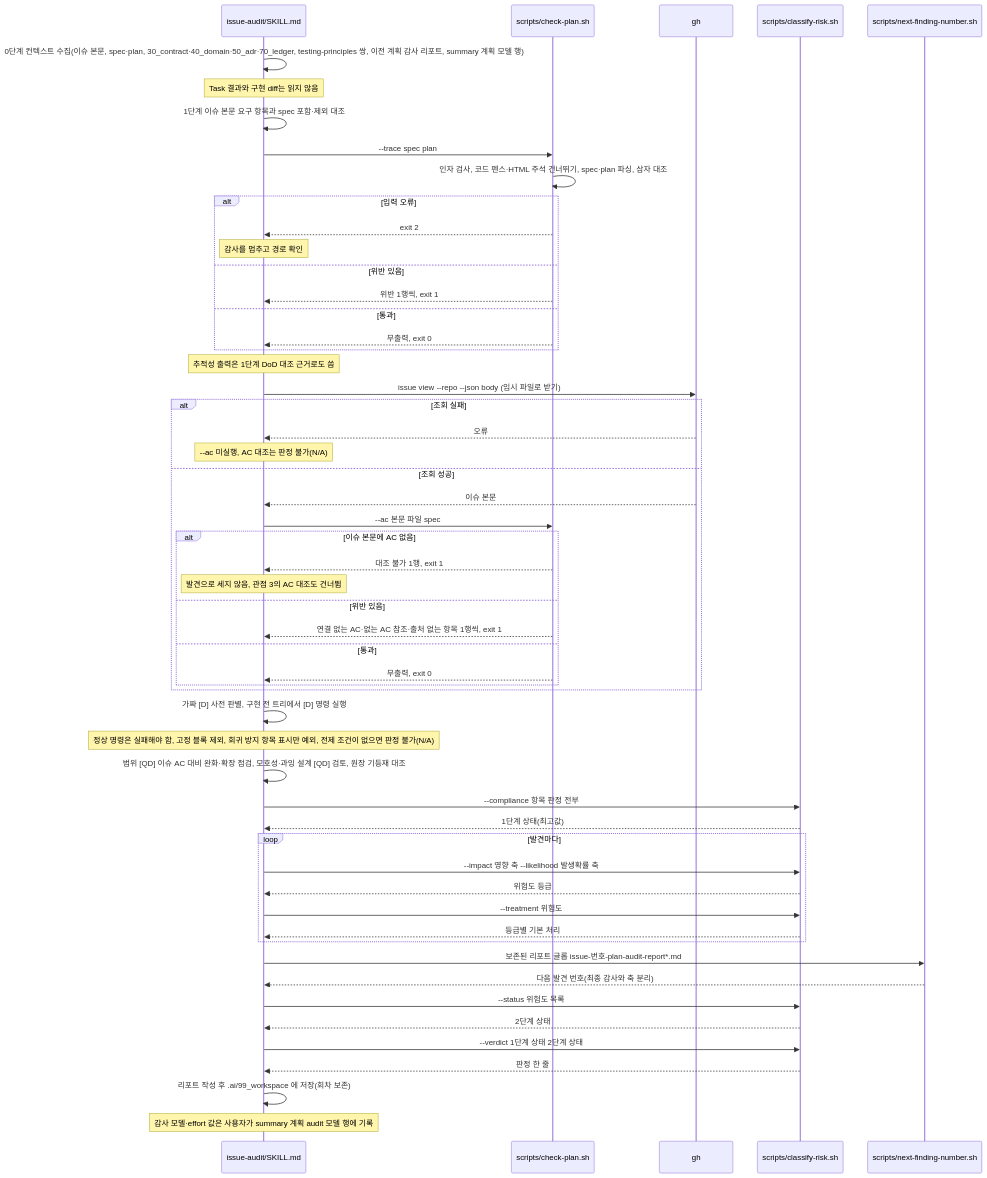
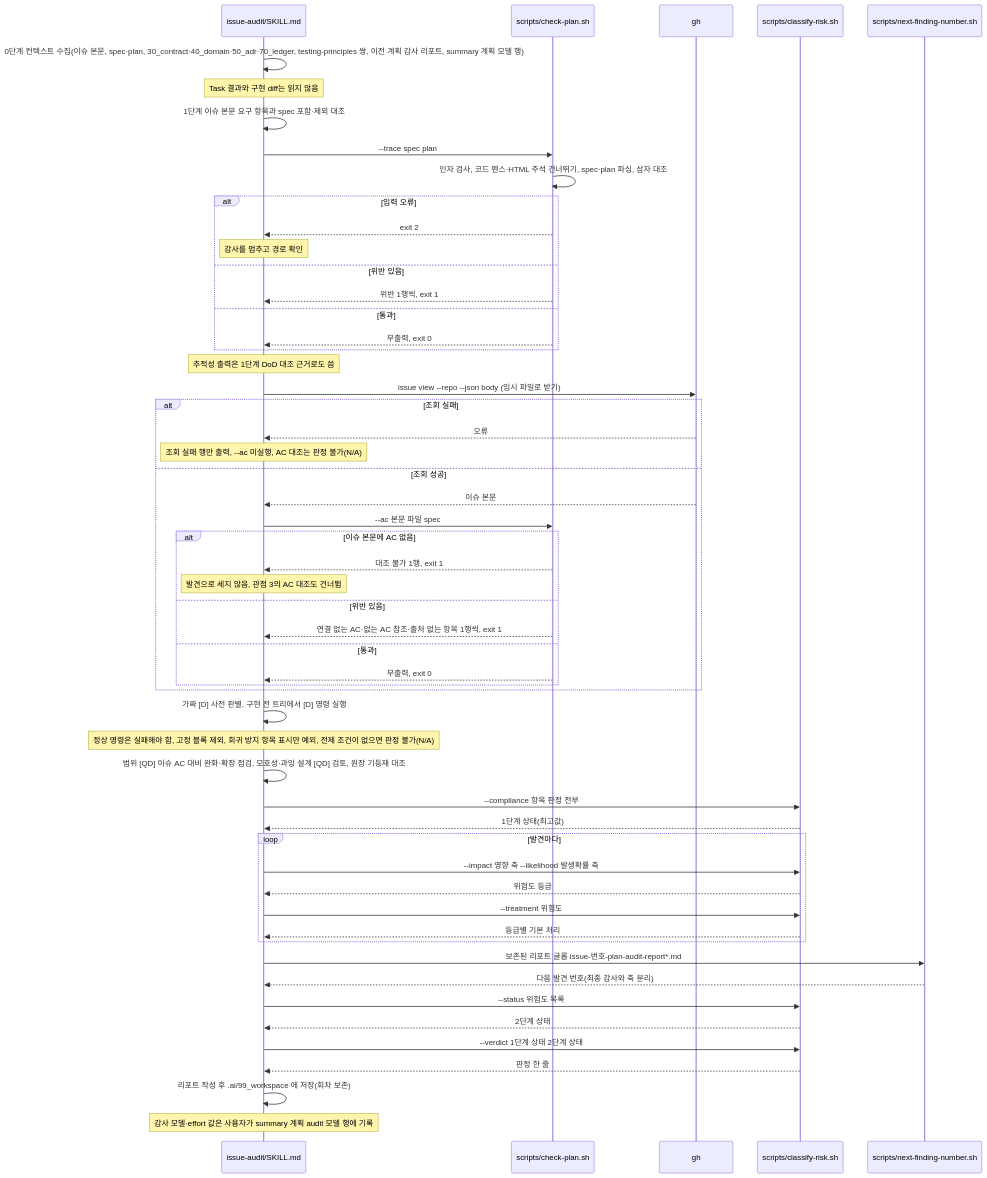
The diagram in .ai/60_codebase/issue-audit/plan-audit-call-flow.md (scroogy-dev/scroogy-agent-skills), drawn with Mermaid before and after one commit. The commit also changed other lines of this file and 4 other files, not shown here.

````diff
--- a/.ai/60_codebase/issue-audit/plan-audit-call-flow.md
+++ b/.ai/60_codebase/issue-audit/plan-audit-call-flow.md
@@ -50,58 +50,58 @@
 ```mermaid
 sequenceDiagram
     participant SK as issue-audit/SKILL.md
     participant CP as scripts/check-plan.sh
     participant GH as gh
     participant CR as scripts/classify-risk.sh
     participant NF as scripts/next-finding-number.sh
 
     SK->>SK: 0단계 컨텍스트 수집(이슈 본문, spec·plan, 30_contract·40_domain·50_adr·70_ledger, testing-principles 쌍, 이전 계획 감사 리포트, summary 계획 모델 행)
     Note over SK: Task 결과와 구현 diff는 읽지 않음
     SK->>SK: 1단계 이슈 본문 요구 항목과 spec 포함·제외 대조
     SK->>CP: --trace spec plan
     CP->>CP: 인자 검사, 코드 펜스·HTML 주석 건너뛰기, spec·plan 파싱, 삼자 대조
     alt 입력 오류
         CP-->>SK: exit 2
         Note over SK: 감사를 멈추고 경로 확인
     else 위반 있음
         CP-->>SK: 위반 1행씩, exit 1
     else 통과
         CP-->>SK: 무출력, exit 0
     end
     Note over SK: 추적성 출력은 1단계 DoD 대조 근거로도 씀
     SK->>GH: issue view --repo --json body (임시 파일로 받기)
     alt 조회 실패
         GH-->>SK: 오류
-        Note over SK: --ac 미실행, AC 대조는 판정 불가(N/A)
+        Note over SK: 조회 실패 행만 출력, --ac 미실행, AC 대조는 판정 불가(N/A)
     else 조회 성공
         GH-->>SK: 이슈 본문
         SK->>CP: --ac 본문 파일 spec
         alt 이슈 본문에 AC 없음
             CP-->>SK: 대조 불가 1행, exit 1
             Note over SK: 발견으로 세지 않음, 관점 3의 AC 대조도 건너뜀
         else 위반 있음
             CP-->>SK: 연결 없는 AC·없는 AC 참조·출처 없는 항목 1행씩, exit 1
         else 통과
             CP-->>SK: 무출력, exit 0
         end
     end
     SK->>SK: 가짜 [D] 사전 판별, 구현 전 트리에서 [D] 명령 실행
     Note over SK: 정상 명령은 실패해야 함, 고정 블록 제외, 회귀 방지 항목 표시만 예외, 전제 조건이 없으면 판정 불가(N/A)
     SK->>SK: 범위 [QD] 이슈 AC 대비 완화·확장 점검, 모호성·과잉 설계 [QD] 검토, 원장 기등재 대조
     SK->>CR: --compliance 항목 판정 전부
     CR-->>SK: 1단계 상태(최고값)
     loop 발견마다
         SK->>CR: --impact 영향 축 --likelihood 발생확률 축
         CR-->>SK: 위험도 등급
         SK->>CR: --treatment 위험도
         CR-->>SK: 등급별 기본 처리
     end
     SK->>NF: 보존된 리포트 글롭 issue-번호-plan-audit-report*.md
     NF-->>SK: 다음 발견 번호(최종 감사와 축 분리)
     SK->>CR: --status 위험도 목록
     CR-->>SK: 2단계 상태
     SK->>CR: --verdict 1단계 상태 2단계 상태
     CR-->>SK: 판정 한 줄
     SK->>SK: 리포트 작성 후 .ai/99_workspace 에 저장(회차 보존)
     Note over SK: 감사 모델·effort 값은 사용자가 summary 계획 audit 모델 행에 기록
 ```
````
